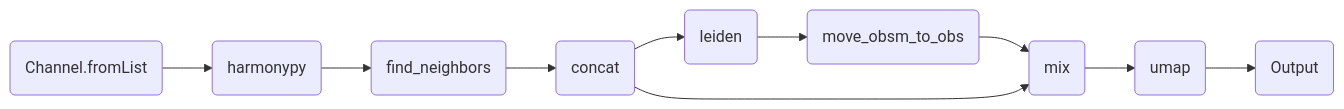
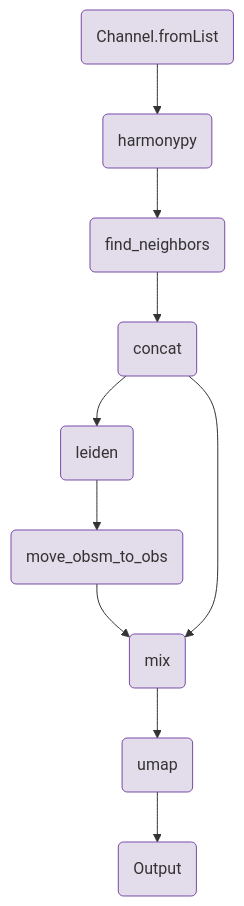
Before and after one commit to openpipelines-bio/website: the diagram in components/workflows/integration/harmony_leiden.qmd, drawn with Mermaid. The commit also changed 21 other files, not shown here.

````diff
--- a/components/workflows/integration/harmony_leiden.qmd
+++ b/components/workflows/integration/harmony_leiden.qmd
@@ -147,23 +147,31 @@
 ```{mermaid}
-%%| column: screen-inset-shaded
-flowchart LR
+flowchart TB
     v0(Channel.fromList)
     v18(harmonypy)
     v49(concat)
     v38(find_neighbors)
     v59(leiden)
     v79(move_obsm_to_obs)
     v92(mix)
     v101(umap)
     v128(Output)
     v0-->v18
     v18-->v38
     v38-->v49
     v49-->v59
     v59-->v79
     v79-->v92
     v49-->v92
     v92-->v101
     v101-->v128
+    style v0 fill:#e3dcea,stroke:#7a4baa;
+    style v18 fill:#e3dcea,stroke:#7a4baa;
+    style v49 fill:#e3dcea,stroke:#7a4baa;
+    style v38 fill:#e3dcea,stroke:#7a4baa;
+    style v59 fill:#e3dcea,stroke:#7a4baa;
+    style v79 fill:#e3dcea,stroke:#7a4baa;
+    style v92 fill:#e3dcea,stroke:#7a4baa;
+    style v101 fill:#e3dcea,stroke:#7a4baa;
+    style v128 fill:#e3dcea,stroke:#7a4baa;
 
 ```
````
